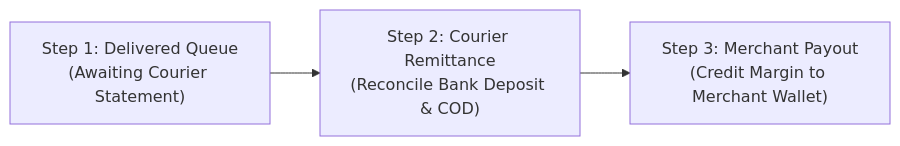
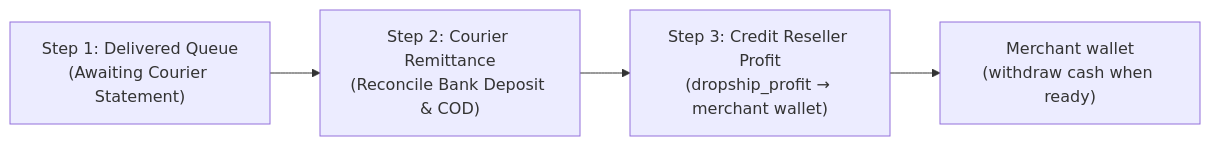
Before and after one commit to david-git-2/brandwala-wholesale-quasar-v2: the third of 3 diagrams in doc/shop_order/SHOP_ORDER.md, drawn with Mermaid. The commit also changed other lines of this file and 12 other files, not shown here.

````diff
--- a/doc/shop_order/SHOP_ORDER.md
+++ b/doc/shop_order/SHOP_ORDER.md
@@ -132,5 +135,6 @@
 ```mermaid
 flowchart LR
     A["Step 1: Delivered Queue<br/>(Awaiting Courier Statement)"] --> B["Step 2: Courier Remittance<br/>(Reconcile Bank Deposit & COD)"]
-    B --> C["Step 3: Merchant Payout<br/>(Credit Margin to Merchant Wallet)"]
+    B --> C["Step 3: Credit Reseller Profit<br/>(dropship_profit → merchant wallet)"]
+    C --> D["Merchant wallet<br/>(withdraw cash when ready)"]
 ```
````
